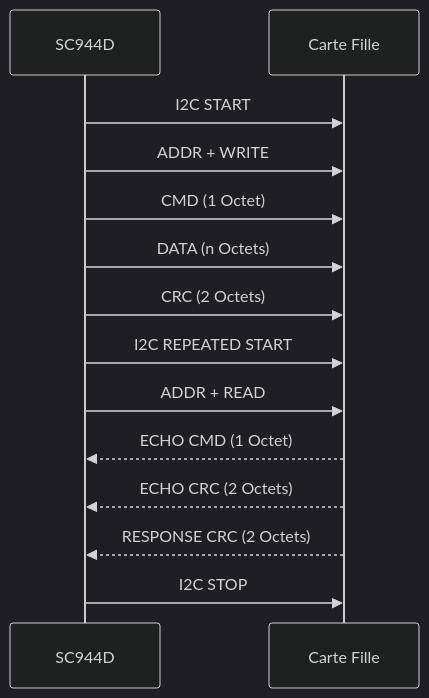
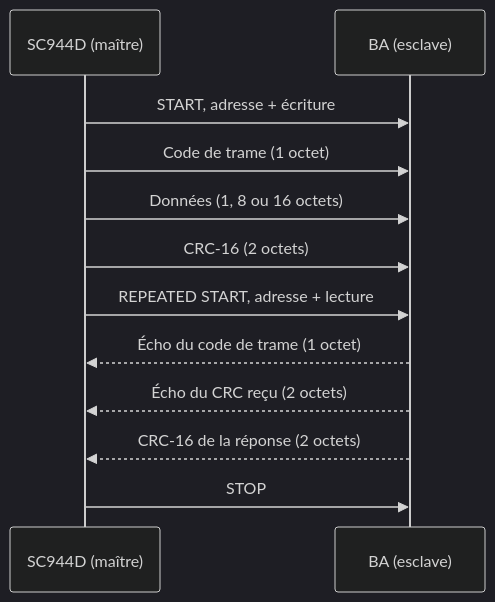
The second of 2 diagrams in docs/i2c.md (essensys-hub/essensys-board-SC944D), drawn with Mermaid (dark theme) before and after one commit. The commit also changed other lines of this file and 36 other files, not shown here.

````diff
--- a/docs/i2c.md
+++ b/docs/i2c.md
@@ -51,20 +87,15 @@
 ```mermaid
 sequenceDiagram
-    participant Master as SC944D
-    participant Slave as Carte Fille
+    participant BP as SC944D (maître)
+    participant BA as BA (esclave)
 
-    Master->>Slave: I2C START
-    Master->>Slave: ADDR + WRITE
-    Master->>Slave: CMD (1 Octet)
-    Master->>Slave: DATA (n Octets)
-    Master->>Slave: CRC (2 Octets)
-    
-    Master->>Slave: I2C REPEATED START
-    Master->>Slave: ADDR + READ
-    
-    Slave-->>Master: ECHO CMD (1 Octet)
-    Slave-->>Master: ECHO CRC (2 Octets)
-    Slave-->>Master: RESPONSE CRC (2 Octets)
-    
-    Master->>Slave: I2C STOP
+    BP->>BA: START, adresse + écriture
+    BP->>BA: Code de trame (1 octet)
+    BP->>BA: Données (1, 8 ou 16 octets)
+    BP->>BA: CRC-16 (2 octets)
+    BP->>BA: REPEATED START, adresse + lecture
+    BA-->>BP: Écho du code de trame (1 octet)
+    BA-->>BP: Écho du CRC reçu (2 octets)
+    BA-->>BP: CRC-16 de la réponse (2 octets)
+    BP->>BA: STOP
 ```
````
